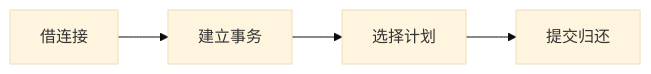
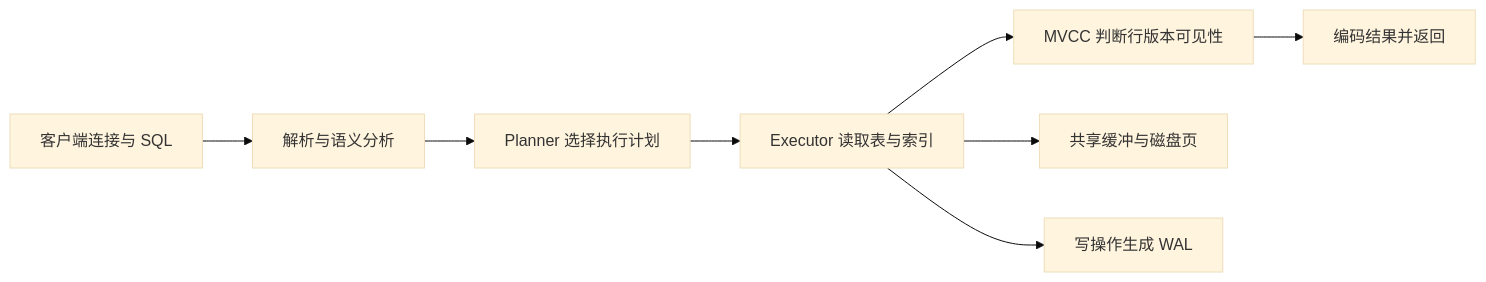
Before and after one commit to upJiang/jiang-blog-vitepress: the diagram in docs/devops/postgres-pgbouncer-operations.md, drawn with Mermaid (base theme). The commit also changed other lines of this file and 107 other files, not shown here.

````diff
--- a/docs/devops/postgres-pgbouncer-operations.md
+++ b/docs/devops/postgres-pgbouncer-operations.md
@@ -56,10 +63,10 @@
 ```mermaid
 flowchart LR
-  S0["借连接"]
-  S1["建立事务"]
-  S2["选择计划"]
-  S3["提交归还"]
-  S0 --> S1
-  S1 --> S2
-  S2 --> S3
+  C["客户端连接与 SQL"] --> P["解析与语义分析"]
+  P --> O["Planner 选择执行计划"]
+  O --> E["Executor 读取表与索引"]
+  E --> M["MVCC 判断行版本可见性"]
+  M --> R["编码结果并返回"]
+  E --> B["共享缓冲与磁盘页"]
+  E --> W["写操作生成 WAL"]
 ```
````
